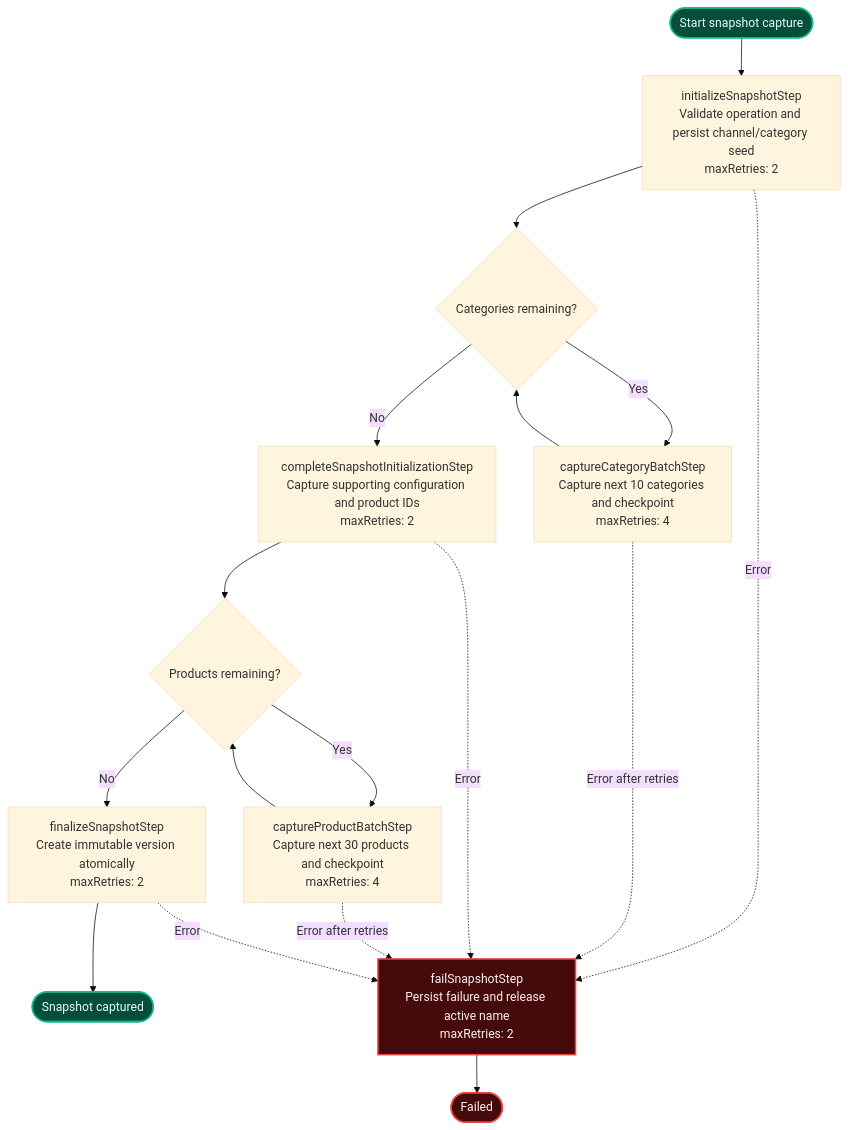
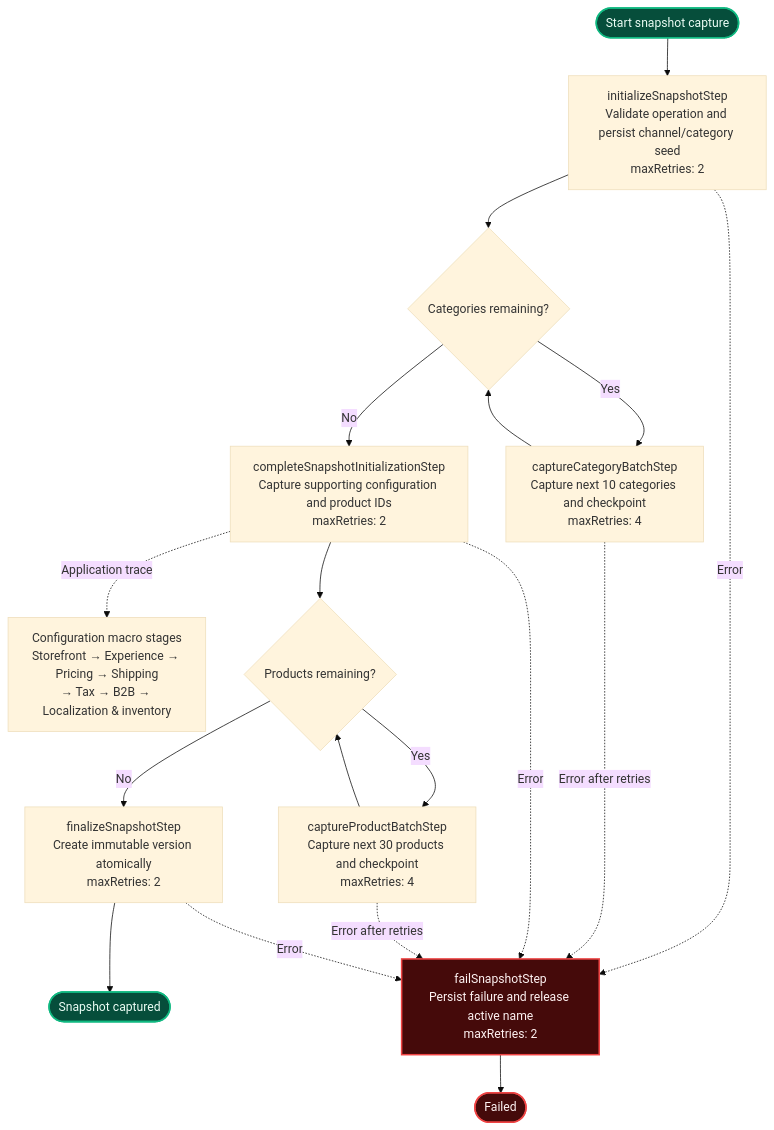
One commit to rezakalfane/bc-demoenv changed the second of 4 diagrams in DETAILS.md. Above: the diagram before and after it, drawn with Mermaid (base theme). The commit also changed other lines of this file and 13 other files, not shown here.

````diff
--- a/DETAILS.md
+++ b/DETAILS.md
@@ -240,25 +244,26 @@
 ```mermaid
 flowchart TD
     start([Start snapshot capture]) --> initialize["initializeSnapshotStep<br/>Validate operation and persist channel/category seed<br/>maxRetries: 2"]
     initialize --> categories{"Categories remaining?"}
     categories -- Yes --> categoryBatch["captureCategoryBatchStep<br/>Capture next 10 categories and checkpoint<br/>maxRetries: 4"]
     categoryBatch --> categories
     categories -- No --> completeInit["completeSnapshotInitializationStep<br/>Capture supporting configuration and product IDs<br/>maxRetries: 2"]
+    completeInit -. Application trace .-> settings["Configuration macro stages<br/>Storefront → Experience → Pricing → Shipping<br/>→ Tax → B2B → Localization & inventory"]
     completeInit --> remaining{"Products remaining?"}
     remaining -- Yes --> productBatch["captureProductBatchStep<br/>Capture next 30 products and checkpoint<br/>maxRetries: 4"]
     productBatch --> remaining
     remaining -- No --> finalize["finalizeSnapshotStep<br/>Create immutable version atomically<br/>maxRetries: 2"]
     finalize --> success([Snapshot captured])
 
     initialize -. Error .-> fail["failSnapshotStep<br/>Persist failure and release active name<br/>maxRetries: 2"]
     categoryBatch -. Error after retries .-> fail
     completeInit -. Error .-> fail
     productBatch -. Error after retries .-> fail
     finalize -. Error .-> fail
     fail --> failed([Failed])
 
     classDef terminal fill:#064e3b,color:#ecfdf5,stroke:#10b981,stroke-width:2px;
     classDef failure fill:#450a0a,color:#fef2f2,stroke:#ef4444,stroke-width:2px;
     class start,success terminal;
     class fail,failed failure;
 ```
````
